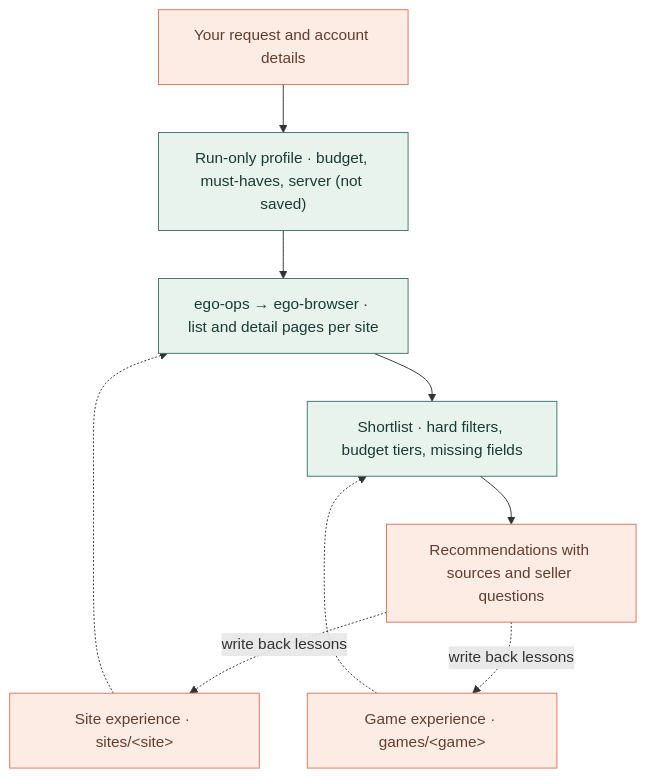
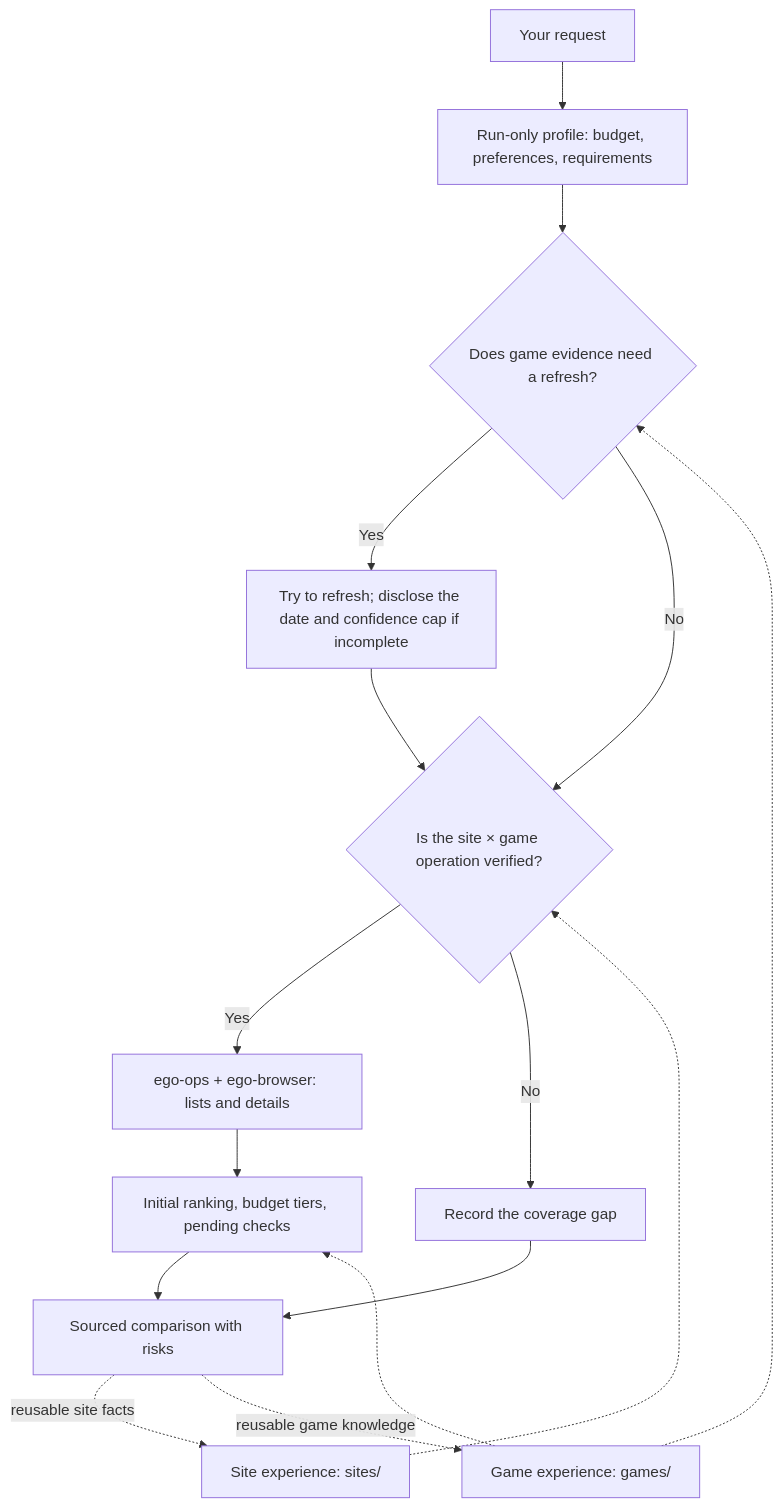
One commit to PointMountain/game-account-select changed the second of 2 diagrams in README.en.md. Above: the diagram before and after it, drawn with Mermaid. The commit also changed other lines of this file and 26 other files, not shown here.

Commit message:
fix: harden account screening and refresh README

````diff
--- a/README.en.md
+++ b/README.en.md
@@ -177,15 +134,18 @@
 ```mermaid
 flowchart TD
-    Request["Your request and account details"] --> Profile["Run-only profile · budget, must-haves, server (not saved)"]
-    Profile --> Query["ego-ops → ego-browser · list and detail pages per site"]
-    Sites["Site experience · sites/&lt;site&gt;"] -.-> Query
-    Query --> Shortlist["Shortlist · hard filters, budget tiers, missing fields"]
-    Games["Game experience · games/&lt;game&gt;"] -.-> Shortlist
-    Shortlist --> Report["Recommendations with sources and seller questions"]
-    Report -. "write back lessons" .-> Sites
-    Report -. "write back lessons" .-> Games
-    classDef mint fill:#e8f3ed,stroke:#42766b,color:#183b34
-    classDef coral fill:#fcece4,stroke:#d9795d,color:#643c2e
-    class Profile,Query,Shortlist mint
-    class Request,Sites,Games,Report coral
+    Request["Your request"] --> Profile["Run-only profile: budget, preferences, requirements"]
+    Profile --> Freshness{"Does game evidence need a refresh?"}
+    Freshness -- "Yes" --> Refresh["Try to refresh; disclose the date and confidence cap if incomplete"]
+    Freshness -- "No" --> Coverage
+    Refresh --> Coverage{"Is the site × game operation verified?"}
+    Coverage -- "Yes" --> Query["ego-ops + ego-browser: lists and details"]
+    Coverage -- "No" --> Gap["Record the coverage gap"]
+    Sites["Site experience: sites/" ] -.-> Coverage
+    Games["Game experience: games/" ] -.-> Freshness
+    Games -.-> Shortlist
+    Query --> Shortlist["Initial ranking, budget tiers, pending checks"]
+    Shortlist --> Report["Sourced comparison with risks"]
+    Gap --> Report
+    Report -. "reusable site facts" .-> Sites
+    Report -. "reusable game knowledge" .-> Games
 ```
````
